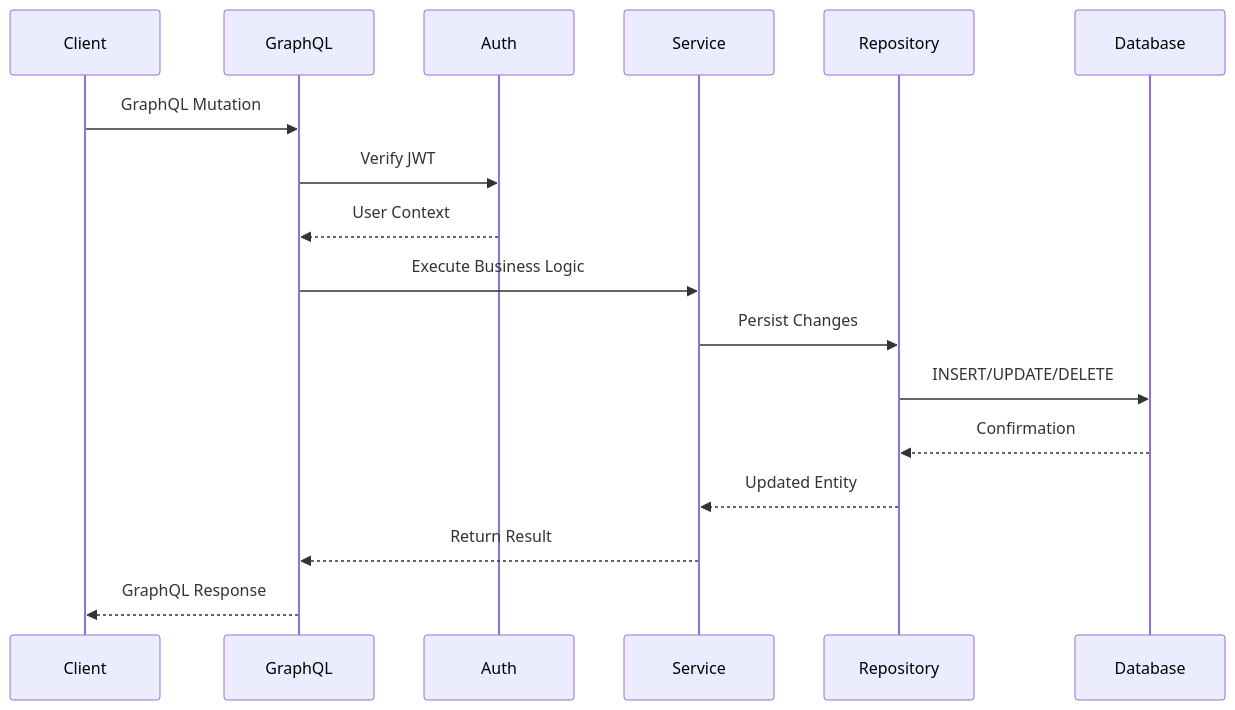
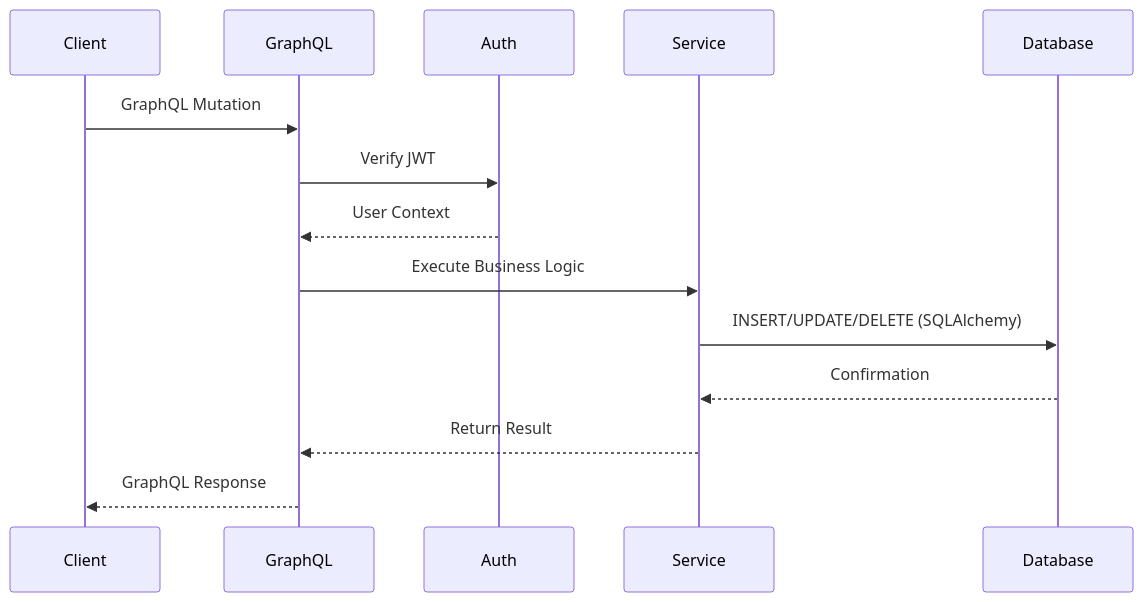
The seventh of 7 diagrams in docs/architecture.md (twtrubiks/graphql-python-blog), drawn with Mermaid before and after one commit. The commit also changed other lines of this file and 9 other files, not shown here.

````diff
--- a/docs/architecture.md
+++ b/docs/architecture.md
@@ -429,20 +471,17 @@
 ```mermaid
 sequenceDiagram
     participant Client
     participant GraphQL
     participant Auth
     participant Service
-    participant Repository
     participant Database
 
     Client->>GraphQL: GraphQL Mutation
     GraphQL->>Auth: Verify JWT
     Auth-->>GraphQL: User Context
     GraphQL->>Service: Execute Business Logic
-    Service->>Repository: Persist Changes
-    Repository->>Database: INSERT/UPDATE/DELETE
-    Database-->>Repository: Confirmation
-    Repository-->>Service: Updated Entity
+    Service->>Database: INSERT/UPDATE/DELETE (SQLAlchemy)
+    Database-->>Service: Confirmation
     Service-->>GraphQL: Return Result
     GraphQL-->>Client: GraphQL Response
 ```
````
